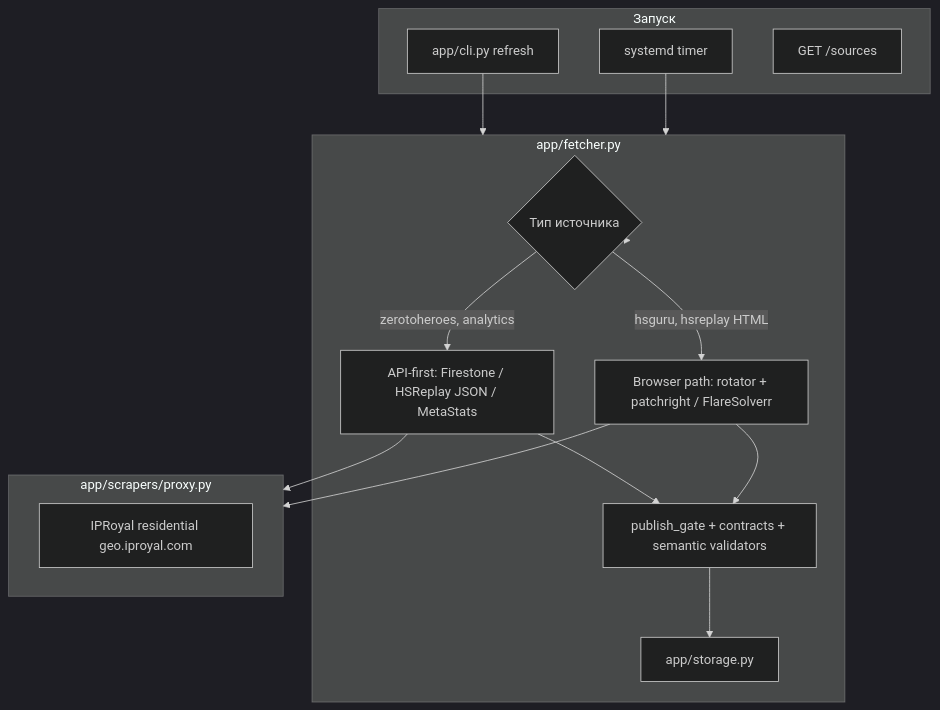
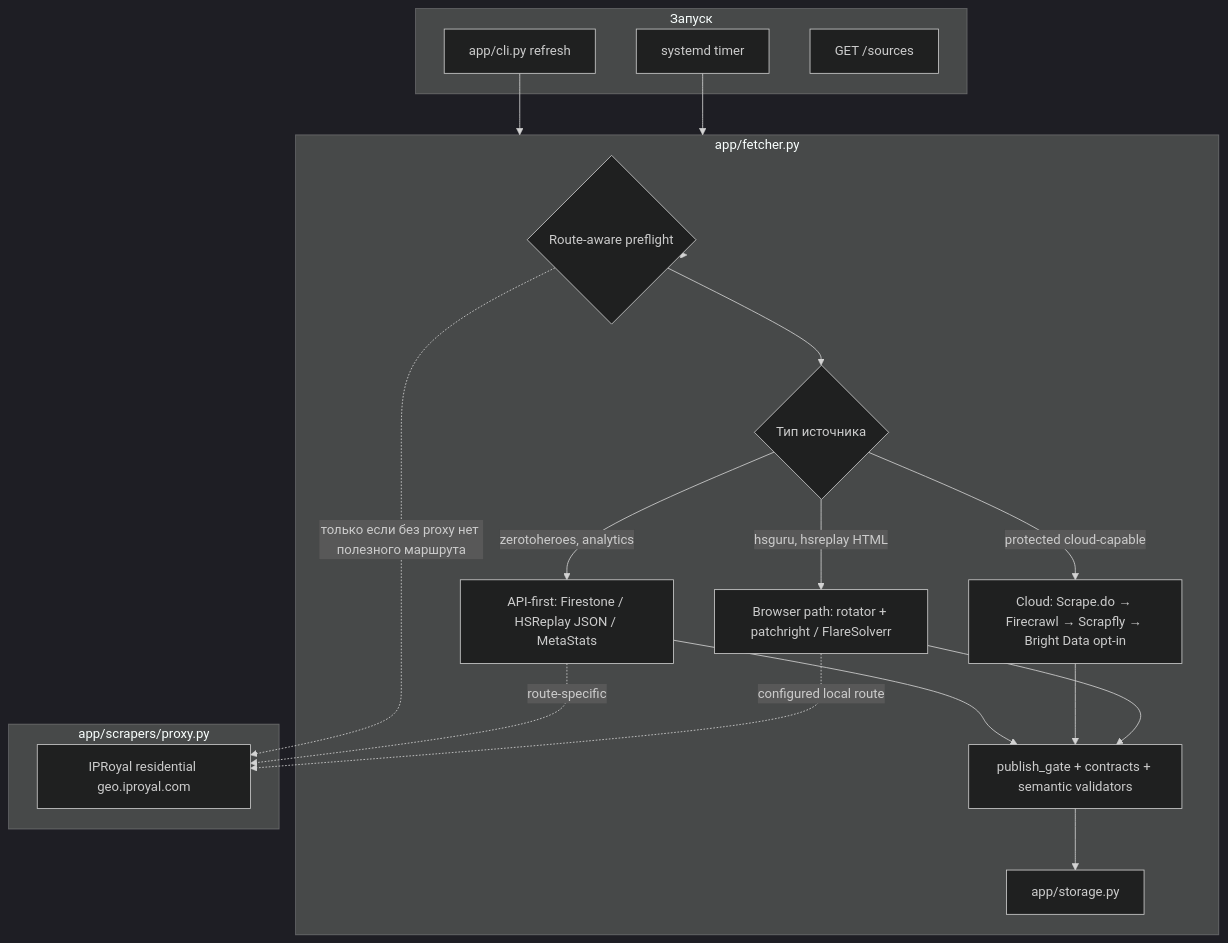
One commit to Manacost-Labs/api.kolodahearthstone.com changed the first of 2 diagrams in docs/PROXY_AND_RELIABILITY.md. Above: the diagram before and after it, drawn with Mermaid (dark theme). The commit also changed other lines of this file and 99 other files, not shown here.

````diff
--- a/docs/PROXY_AND_RELIABILITY.md
+++ b/docs/PROXY_AND_RELIABILITY.md
@@ -5,31 +5,37 @@
 ```mermaid
 flowchart TB
     subgraph trigger [Запуск]
         CLI[app/cli.py refresh]
         Timer[systemd timer]
         API[GET /sources]
     end
 
     subgraph fetcher [app/fetcher.py]
+        Preflight{Route-aware preflight}
         Route{Тип источника}
         APIpath[API-first: Firestone / HSReplay JSON / MetaStats]
+        Cloud[Cloud: Scrape.do → Firecrawl → Scrapfly → Bright Data opt-in]
         Browser[Browser path: rotator + patchright / FlareSolverr]
         Quality[publish_gate + contracts + semantic validators]
         Store[app/storage.py]
     end
 
     subgraph proxy [app/scrapers/proxy.py]
         IPRoyal[IPRoyal residential geo.iproyal.com]
     end
 
     CLI --> fetcher
     Timer --> fetcher
-    fetcher --> Route
+    fetcher --> Preflight
+    Preflight --> Route
+    Preflight -. только если без proxy нет полезного маршрута .-> IPRoyal
     Route -->|zerotoheroes, analytics| APIpath
+    Route -->|protected cloud-capable| Cloud
     Route -->|hsguru, hsreplay HTML| Browser
-    APIpath --> proxy
-    Browser --> proxy
+    APIpath -. route-specific .-> IPRoyal
+    Browser -. configured local route .-> IPRoyal
     APIpath --> Quality
+    Cloud --> Quality
     Browser --> Quality
     Quality --> Store
 ```
````
